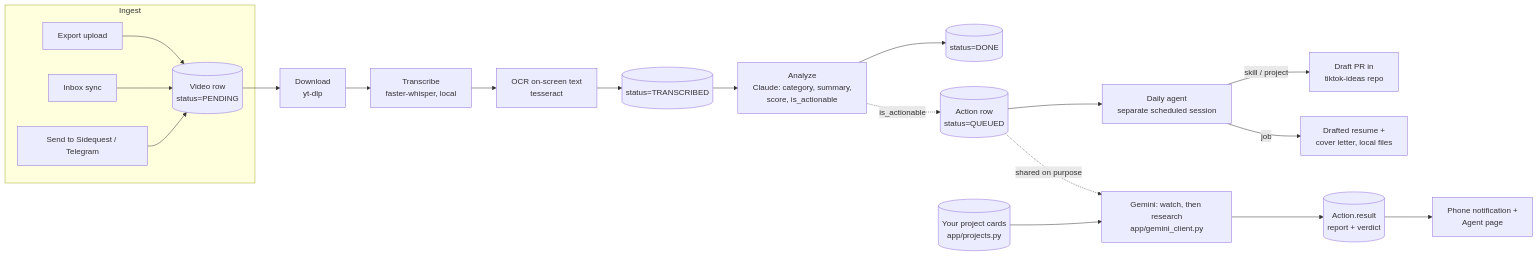
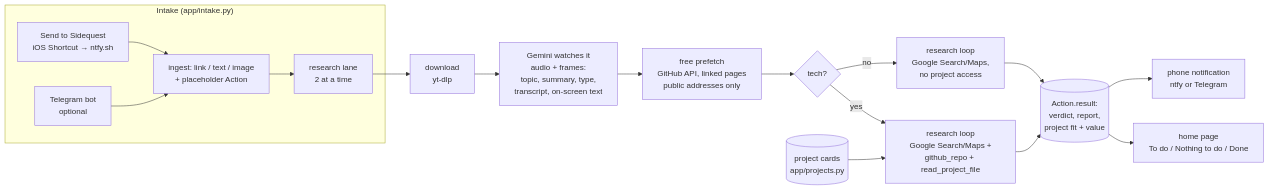
The first of 2 diagrams in ARCHITECTURE.md (mattthomas7641/saved-video-intelligence), drawn with Mermaid before and after one commit. The commit also changed other lines of this file and 29 other files, not shown here.

````diff
--- a/ARCHITECTURE.md
+++ b/ARCHITECTURE.md
@@ -16,25 +10,20 @@
 ```mermaid
 flowchart LR
-    subgraph Ingest
-        A1[Export upload] --> V[(Video row<br/>status=PENDING)]
-        A2[Inbox sync] --> V
-        A3[Send to Sidequest / Telegram] --> V
+    subgraph Intake["Intake (app/intake.py)"]
+        S[Send to Sidequest<br/>iOS Shortcut → ntfy.sh] --> I
+        T[Telegram bot<br/>optional] --> I
+        I[ingest: link / text / image<br/>+ placeholder Action] --> L[research lane<br/>2 at a time]
     end
 
-    V --> C1[Download<br/>yt-dlp]
-    C1 --> C2[Transcribe<br/>faster-whisper, local]
-    C2 --> C3[OCR on-screen text<br/>tesseract]
-    C3 --> T[(status=TRANSCRIBED)]
-
-    T --> AN[Analyze<br/>Claude: category, summary,<br/>score, is_actionable]
-    AN --> D[(status=DONE)]
-    AN -. is_actionable .-> AQ[(Action row<br/>status=QUEUED)]
-
-    AQ --> AG[Daily agent<br/>separate scheduled session]
-    AG -->|skill / project| PR[Draft PR in<br/>tiktok-ideas repo]
-    AG -->|job| JD[Drafted resume +<br/>cover letter, local files]
-    AQ -. shared on purpose .-> RA[Gemini: watch, then research<br/>app/gemini_client.py]
-    PJ[(Your project cards<br/>app/projects.py)] --> RA
-    RA --> RP[(Action.result<br/>report + verdict)]
-    RP --> TG[Phone notification +<br/>Agent page]
+    L --> D[download<br/>yt-dlp]
+    D --> W[Gemini watches it<br/>audio + frames:<br/>topic, summary, type,<br/>transcript, on-screen text]
+    W --> P[free prefetch<br/>GitHub API, linked pages<br/>public addresses only]
+    P --> K{tech?}
+    K -->|yes| R1[research loop<br/>Google Search/Maps +<br/>github_repo + read_project_file]
+    K -->|no| R2[research loop<br/>Google Search/Maps,<br/>no project access]
+    PC[(project cards<br/>app/projects.py)] --> R1
+    R1 --> F[(Action.result:<br/>verdict, report,<br/>project fit + value)]
+    R2 --> F
+    F --> H[home page<br/>To do / Nothing to do / Done]
+    F --> N[phone notification<br/>ntfy or Telegram]
 ```
````
